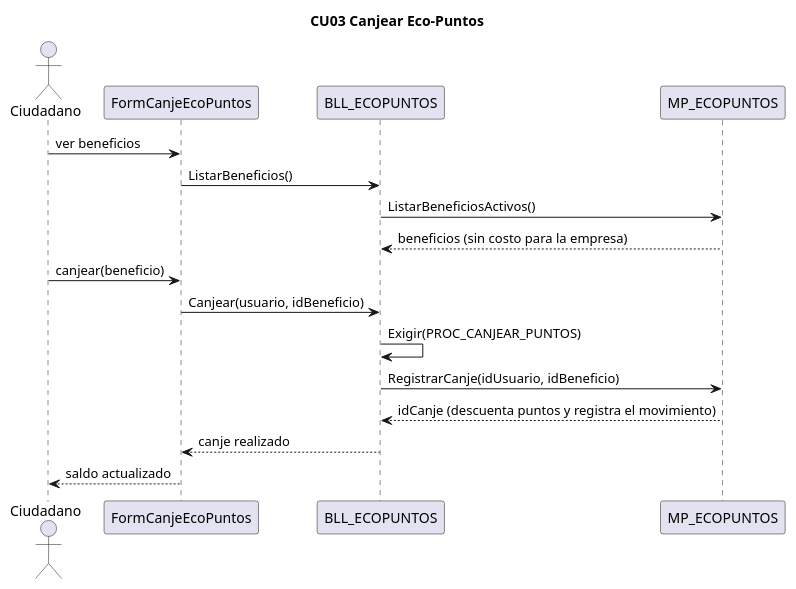
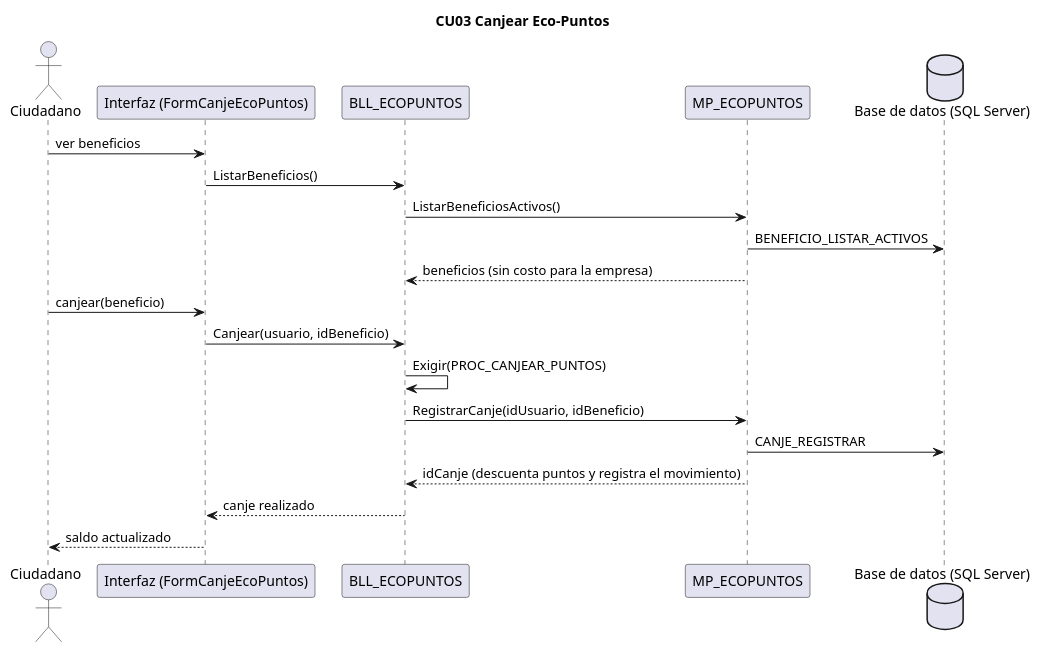
One commit to L-Muniz/uai-diploma_2026 changed the diagram in docs/diagramas/secuencias/CU03_canjear_eco_puntos.puml. Above: the diagram before and after it, drawn with PlantUML. The commit also changed 36 other files, not shown here.

Commit message:
Docs: secuencias con capa de interfaz y base de datos; imágenes del Word limitadas a la hoja

```diff
--- a/docs/diagramas/secuencias/CU03_canjear_eco_puntos.puml
+++ b/docs/diagramas/secuencias/CU03_canjear_eco_puntos.puml
@@ -1,18 +1,21 @@
 @startuml CU03
 title CU03 Canjear Eco-Puntos
 actor Ciudadano
-participant "FormCanjeEcoPuntos" as IU
+participant "Interfaz (FormCanjeEcoPuntos)" as IU
 participant "BLL_ECOPUNTOS" as BLL
 participant "MP_ECOPUNTOS" as DAL
+database "Base de datos (SQL Server)" as BD
 Ciudadano -> IU : ver beneficios
 IU -> BLL : ListarBeneficios()
 BLL -> DAL : ListarBeneficiosActivos()
+DAL -> BD : BENEFICIO_LISTAR_ACTIVOS
 DAL --> BLL : beneficios (sin costo para la empresa)
 Ciudadano -> IU : canjear(beneficio)
 IU -> BLL : Canjear(usuario, idBeneficio)
 BLL -> BLL : Exigir(PROC_CANJEAR_PUNTOS)
 BLL -> DAL : RegistrarCanje(idUsuario, idBeneficio)
+DAL -> BD : CANJE_REGISTRAR
 DAL --> BLL : idCanje (descuenta puntos y registra el movimiento)
 BLL --> IU : canje realizado
 IU --> Ciudadano : saldo actualizado
 @enduml
```
